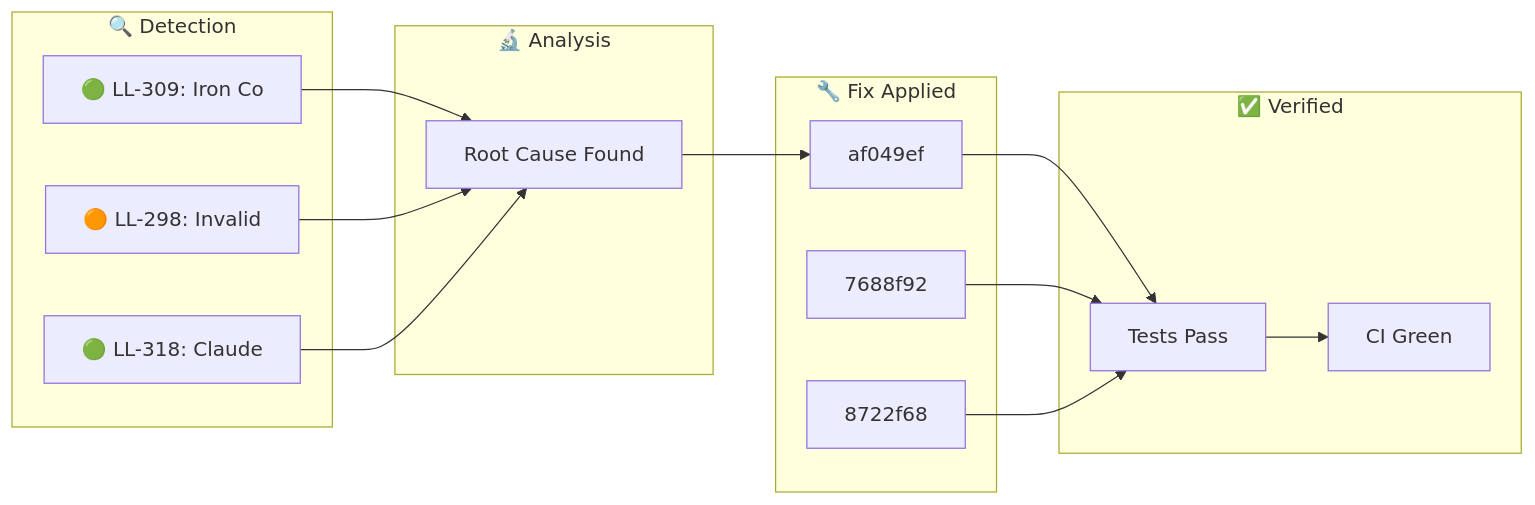
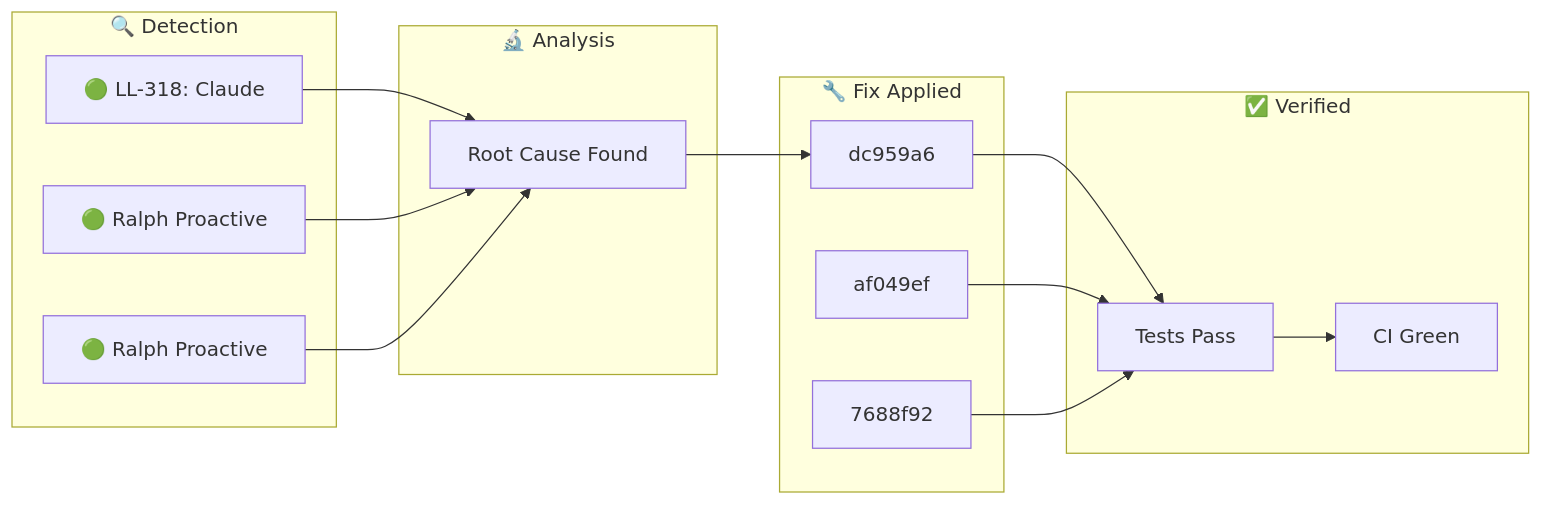
Before and after one commit to YoByron/trading: the diagram in docs/_posts/2026-01-30-ralph-discovery.md, drawn with Mermaid. The commit also changed other lines of this file, not shown here.

Commit message:
docs(ralph): Auto-publish discovery blog post

````diff
--- a/docs/_posts/2026-01-30-ralph-discovery.md
+++ b/docs/_posts/2026-01-30-ralph-discovery.md
@@ -17,28 +17,28 @@
 ```mermaid
 flowchart LR
     subgraph Detection["🔍 Detection"]
-        D1["🟢 LL-309: Iron Co"]
-        D2["🟠 LL-298: Invalid"]
-        D3["🟢 LL-318: Claude "]
+        D1["🟢 LL-318: Claude "]
+        D2["🟢 Ralph Proactive"]
+        D3["🟢 Ralph Proactive"]
     end
     subgraph Analysis["🔬 Analysis"]
         A1["Root Cause Found"]
     end
     subgraph Fix["🔧 Fix Applied"]
-        F1["af049ef"]
-        F2["7688f92"]
-        F3["8722f68"]
+        F1["dc959a6"]
+        F2["af049ef"]
+        F3["7688f92"]
     end
     subgraph Verify["✅ Verified"]
         V1["Tests Pass"]
         V2["CI Green"]
     end
     D1 --> A1
     D2 --> A1
     D3 --> A1
     A1 --> F1
     F1 --> V1
     F2 --> V1
     F3 --> V1
     V1 --> V2
 ```
````
